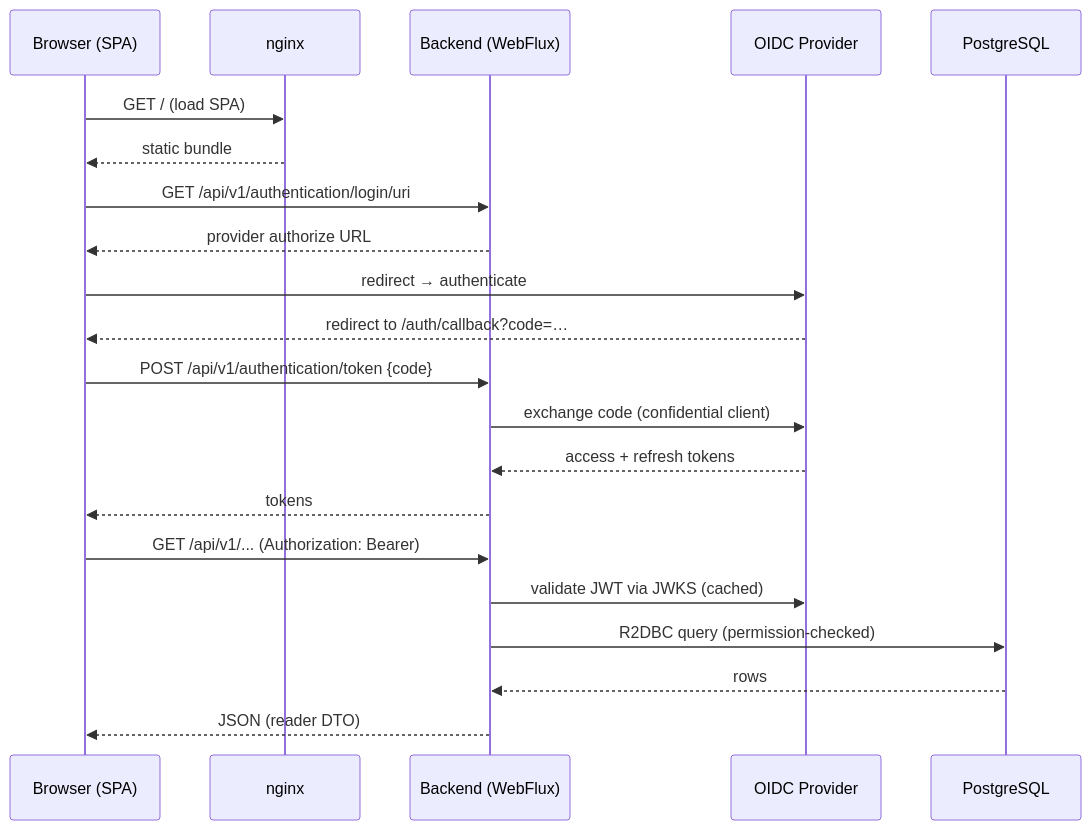
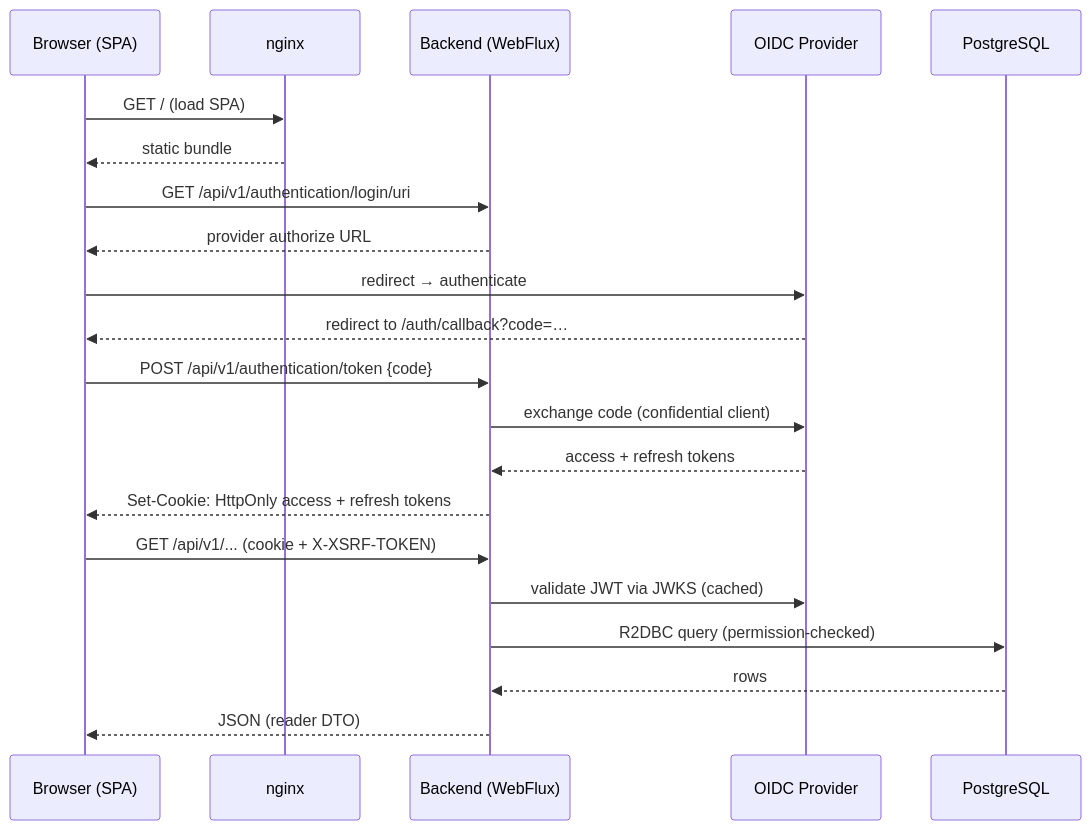
One commit to laucoin/Documentations changed the second of 2 diagrams in documentation/registry/technical/architecture.md. Above: the diagram before and after it, drawn with Mermaid. The commit also changed other lines of this file and 10 other files, not shown here.

````diff
--- a/documentation/registry/technical/architecture.md
+++ b/documentation/registry/technical/architecture.md
@@ -66,24 +66,24 @@
 ```mermaid
 sequenceDiagram
     participant B as Browser (SPA)
     participant N as nginx
     participant A as Backend (WebFlux)
     participant I as OIDC Provider
     participant D as PostgreSQL
 
     B->>N: GET / (load SPA)
     N-->>B: static bundle
     B->>A: GET /api/v1/authentication/login/uri
     A-->>B: provider authorize URL
     B->>I: redirect → authenticate
     I-->>B: redirect to /auth/callback?code=…
     B->>A: POST /api/v1/authentication/token {code}
     A->>I: exchange code (confidential client)
     I-->>A: access + refresh tokens
-    A-->>B: tokens
-    B->>A: GET /api/v1/... (Authorization: Bearer)
+    A-->>B: Set-Cookie: HttpOnly access + refresh tokens
+    B->>A: GET /api/v1/... (cookie + X-XSRF-TOKEN)
     A->>I: validate JWT via JWKS (cached)
     A->>D: R2DBC query (permission-checked)
     D-->>A: rows
     A-->>B: JSON (reader DTO)
 ```
````
